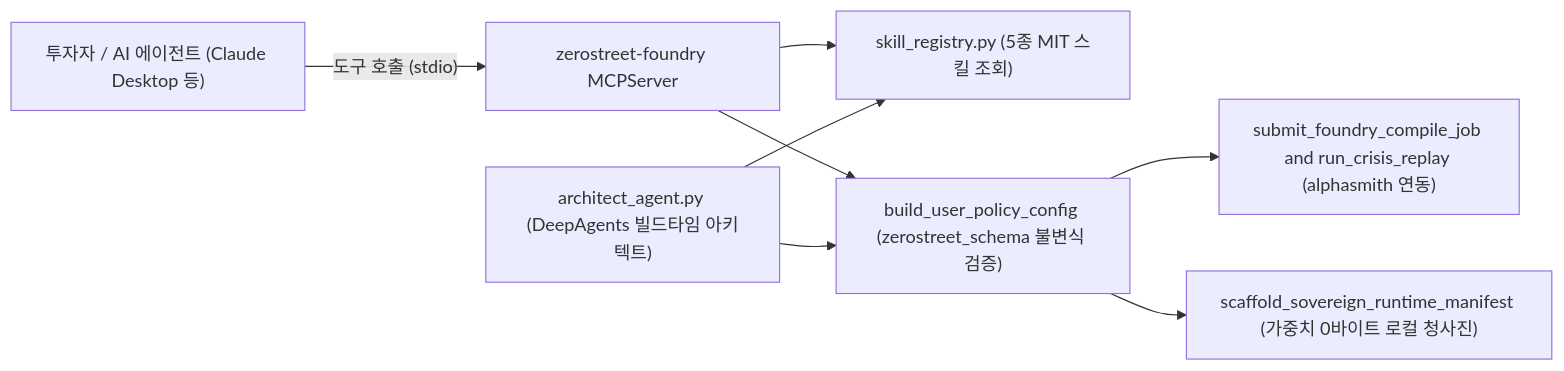
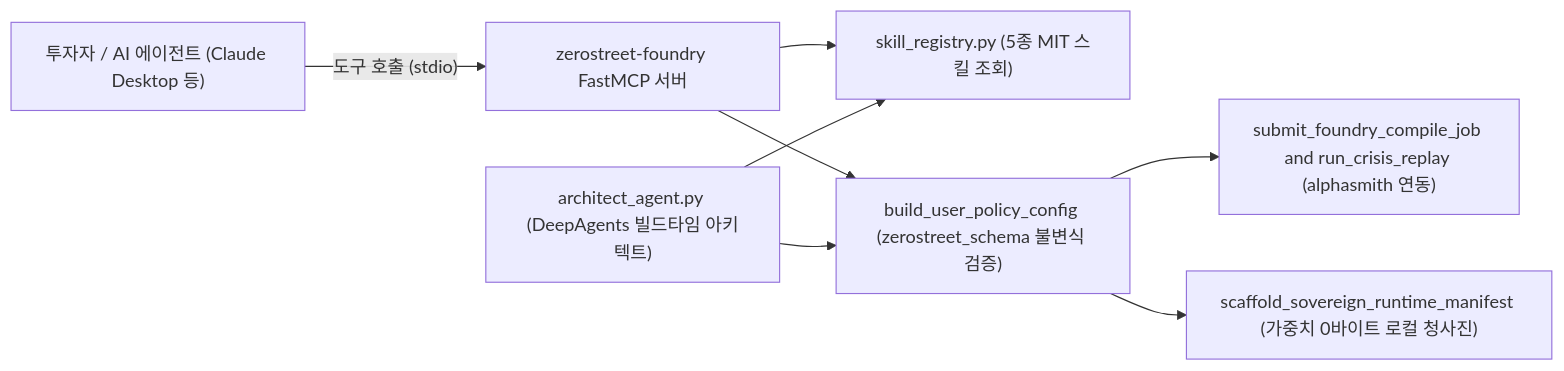
Before and after one commit to zerostreet/zerostreet-mcp: the diagram in README.md, drawn with Mermaid. The commit also changed other lines of this file and 13 other files, not shown here.

Commit message:
feat: migrate Foundry MCP server to FastMCP

````diff
--- a/README.md
+++ b/README.md
@@ -30,10 +30,10 @@
 ```mermaid
 flowchart LR
-    USER["투자자 / AI 에이전트 (Claude Desktop 등)"] -->|"도구 호출 (stdio)"| MCP["zerostreet-foundry MCPServer"]
+    USER["투자자 / AI 에이전트 (Claude Desktop 등)"] -->|"도구 호출 (stdio)"| MCP["zerostreet-foundry FastMCP 서버"]
     MCP --> SK["skill_registry.py (5종 MIT 스킬 조회)"]
     MCP --> VAL["build_user_policy_config (zerostreet_schema 불변식 검증)"]
     VAL --> FND["submit_foundry_compile_job and run_crisis_replay (alphasmith 연동)"]
     VAL --> SCF["scaffold_sovereign_runtime_manifest (가중치 0바이트 로컬 청사진)"]
     ARCH["architect_agent.py (DeepAgents 빌드타임 아키텍트)"] --> SK
     ARCH --> VAL
 ```
````
